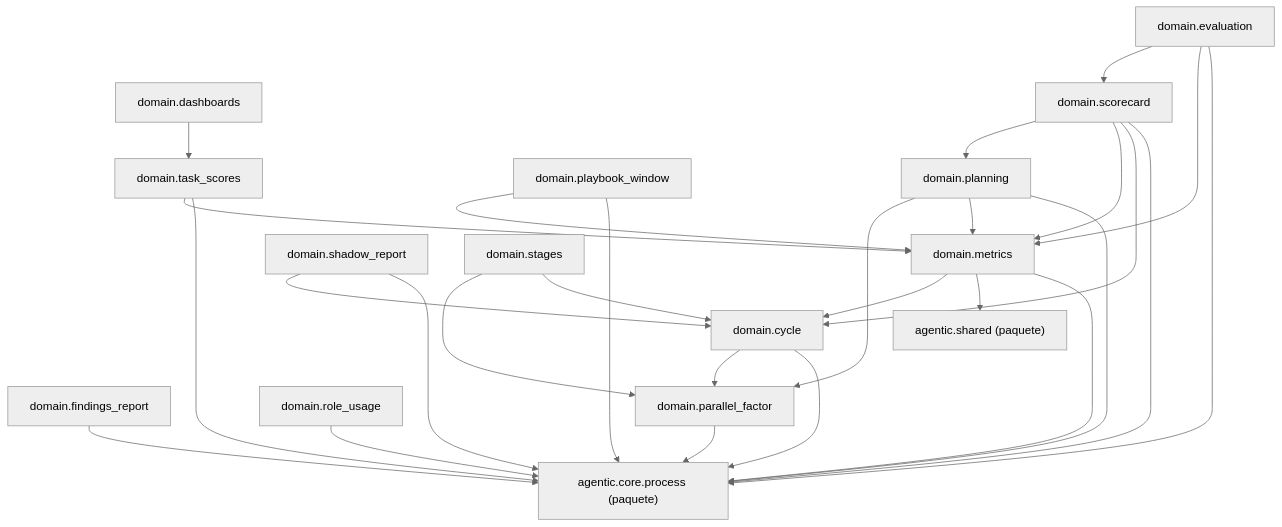
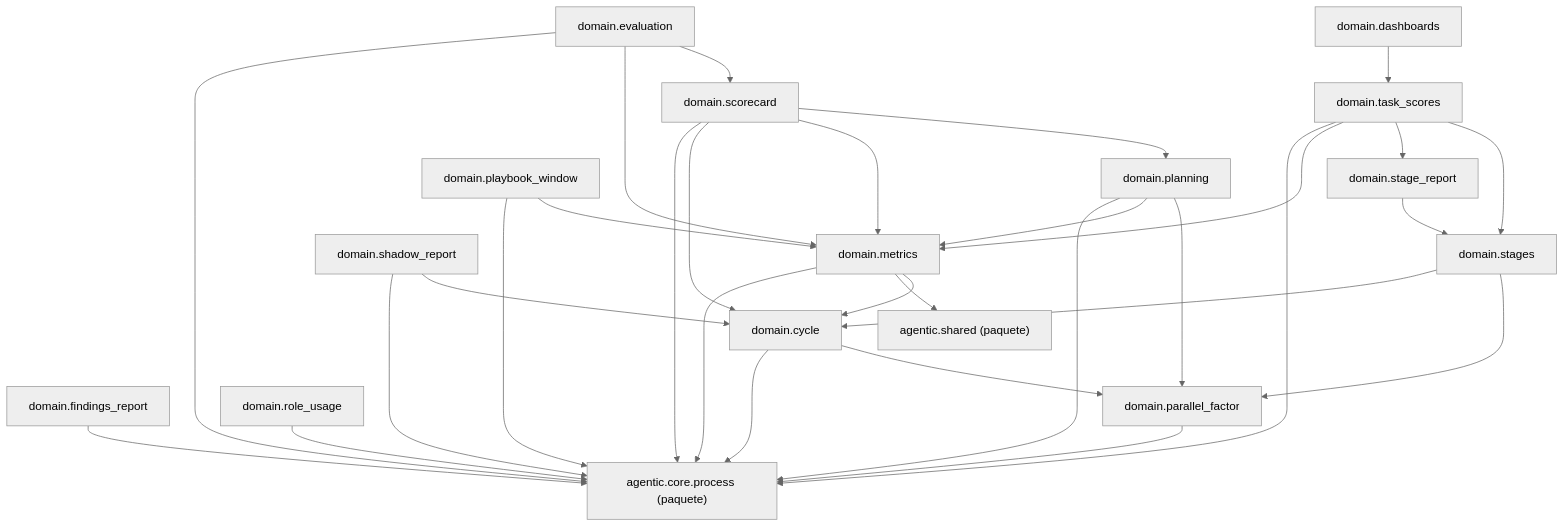
The diagram in docs/architecture/generated/packages-measurement-domain.md (GonzaloZevallos/agentic-system), drawn with Mermaid (neutral theme) before and after one commit. The commit also changed 15 other files, not shown here.

First line of the commit message:
Write stage_h.* scores at close and in the backfill, with a stage report

````diff
--- a/docs/architecture/generated/packages-measurement-domain.md
+++ b/docs/architecture/generated/packages-measurement-domain.md
@@ -8,45 +8,49 @@
 ```mermaid
 graph TD
     g_pkg__agentic__core__process["agentic.core.process (paquete)"]
     g_pkg__agentic__shared["agentic.shared (paquete)"]
     m_domain__cycle["domain.cycle"]
     m_domain__dashboards["domain.dashboards"]
     m_domain__evaluation["domain.evaluation"]
     m_domain__findings_report["domain.findings_report"]
     m_domain__metrics["domain.metrics"]
     m_domain__parallel_factor["domain.parallel_factor"]
     m_domain__planning["domain.planning"]
     m_domain__playbook_window["domain.playbook_window"]
     m_domain__role_usage["domain.role_usage"]
     m_domain__scorecard["domain.scorecard"]
     m_domain__shadow_report["domain.shadow_report"]
+    m_domain__stage_report["domain.stage_report"]
     m_domain__stages["domain.stages"]
     m_domain__task_scores["domain.task_scores"]
     m_domain__cycle --> g_pkg__agentic__core__process
     m_domain__cycle --> m_domain__parallel_factor
     m_domain__dashboards --> m_domain__task_scores
     m_domain__evaluation --> g_pkg__agentic__core__process
     m_domain__evaluation --> m_domain__metrics
     m_domain__evaluation --> m_domain__scorecard
     m_domain__findings_report --> g_pkg__agentic__core__process
     m_domain__metrics --> g_pkg__agentic__core__process
     m_domain__metrics --> g_pkg__agentic__shared
     m_domain__metrics --> m_domain__cycle
     m_domain__parallel_factor --> g_pkg__agentic__core__process
     m_domain__planning --> g_pkg__agentic__core__process
     m_domain__planning --> m_domain__metrics
     m_domain__planning --> m_domain__parallel_factor
     m_domain__playbook_window --> g_pkg__agentic__core__process
     m_domain__playbook_window --> m_domain__metrics
     m_domain__role_usage --> g_pkg__agentic__core__process
     m_domain__scorecard --> g_pkg__agentic__core__process
     m_domain__scorecard --> m_domain__cycle
     m_domain__scorecard --> m_domain__metrics
     m_domain__scorecard --> m_domain__planning
     m_domain__shadow_report --> g_pkg__agentic__core__process
     m_domain__shadow_report --> m_domain__cycle
+    m_domain__stage_report --> m_domain__stages
     m_domain__stages --> m_domain__cycle
     m_domain__stages --> m_domain__parallel_factor
     m_domain__task_scores --> g_pkg__agentic__core__process
     m_domain__task_scores --> m_domain__metrics
+    m_domain__task_scores --> m_domain__stage_report
+    m_domain__task_scores --> m_domain__stages
 ```
````
